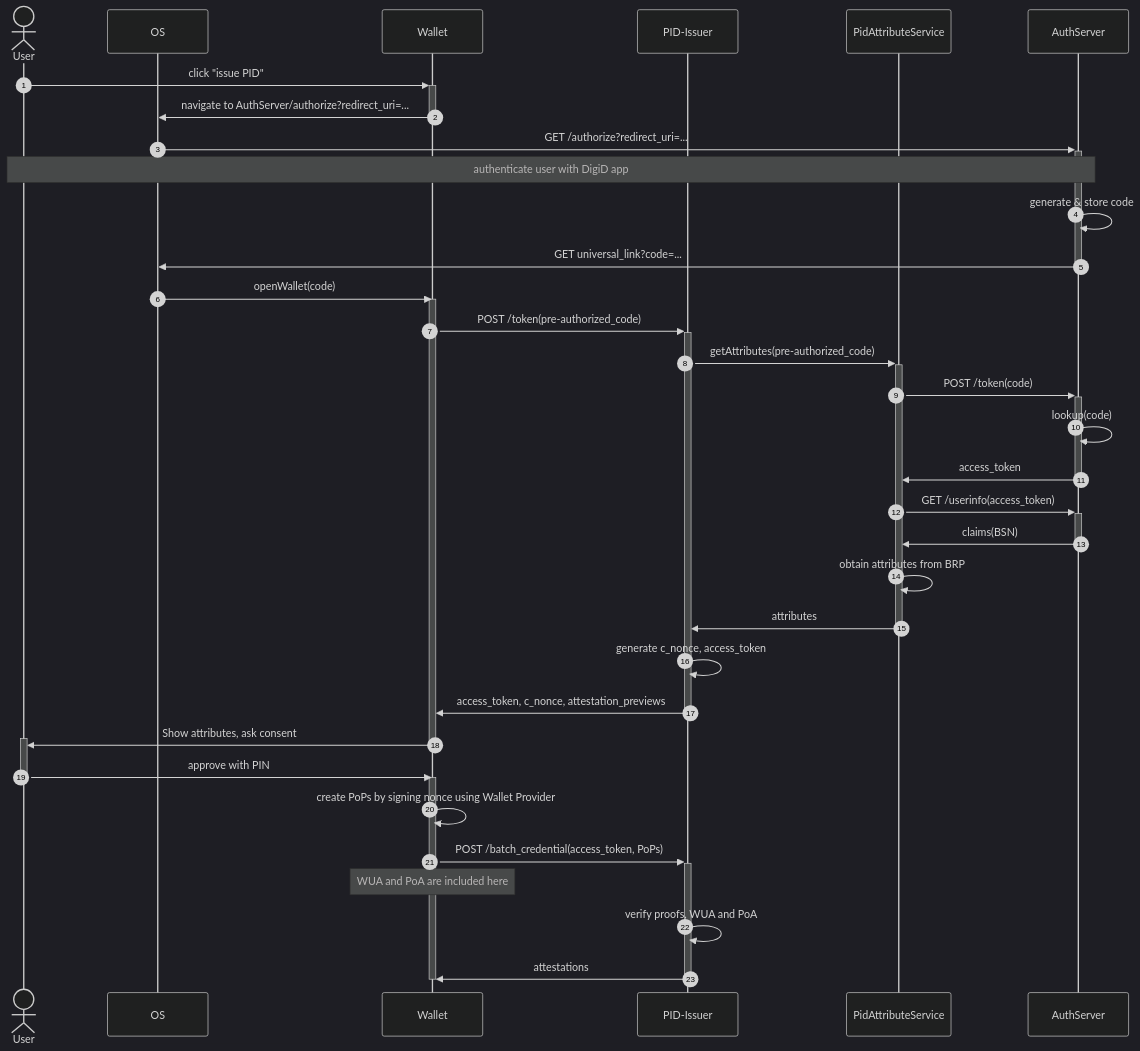
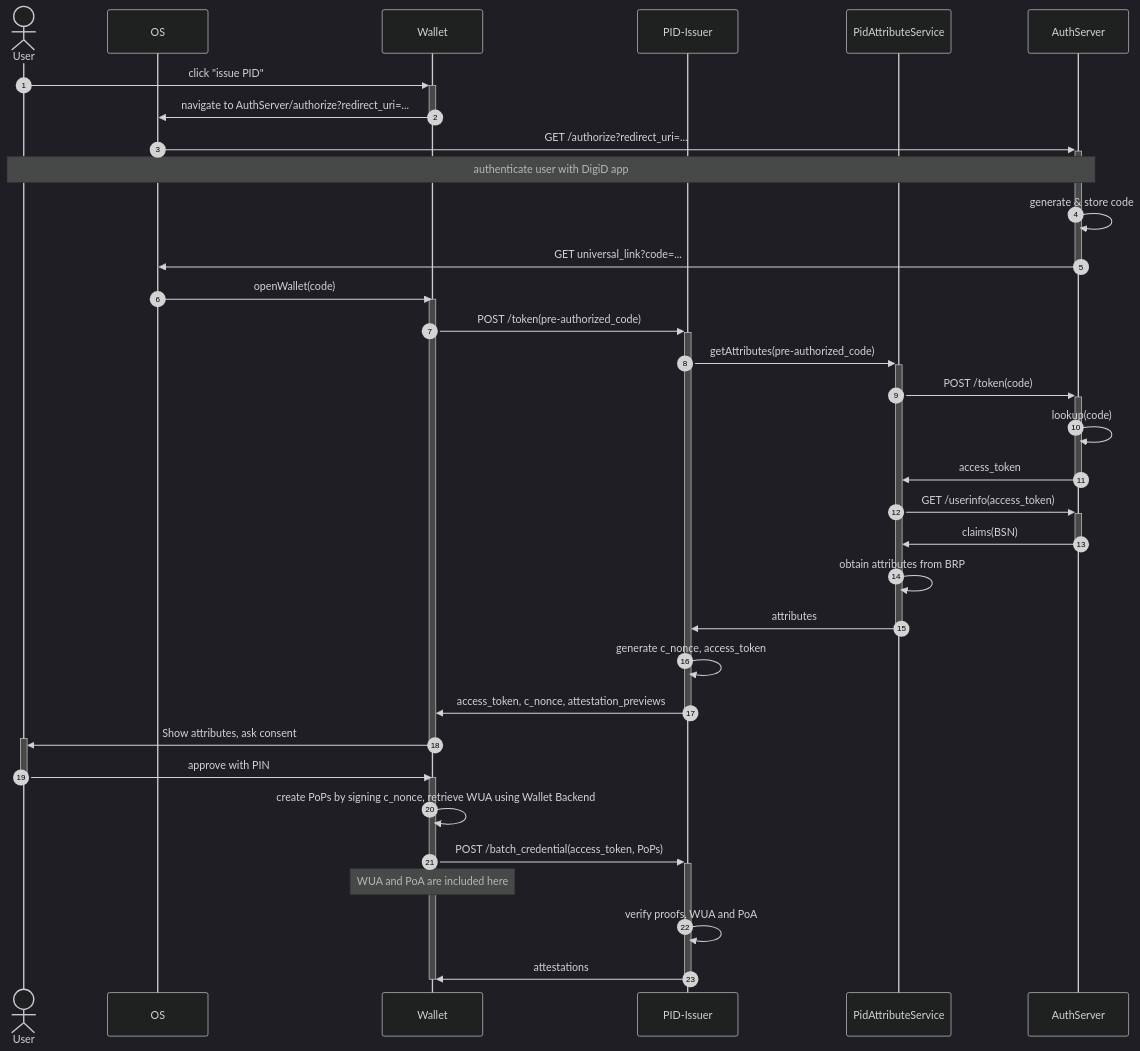
Before and after one commit to MinBZK/nl-wallet: the first of 4 diagrams in wallet_docs/architecture/use-cases/issuance-with-openid4vci.md, drawn with Mermaid (dark theme). The commit also changed other lines of this file and 3 other files, not shown here.

Commit message:
updated C4 and sequence diagrams

````diff
--- a/wallet_docs/architecture/use-cases/issuance-with-openid4vci.md
+++ b/wallet_docs/architecture/use-cases/issuance-with-openid4vci.md
@@ -22,41 +22,41 @@
 ```{mermaid}
 sequenceDiagram
     autonumber
 
     actor User
     participant OS
     participant Wallet
     participant WalletServer as PID-Issuer
     participant PidAttributeService
     participant AuthServer
 
     User->>+Wallet: click "issue PID"
     Wallet->>-OS: navigate to AuthServer/authorize?redirect_uri=...
     OS->>+AuthServer: GET /authorize?redirect_uri=...
     note over User, AuthServer: authenticate user with DigiD app
     AuthServer->>AuthServer: generate & store code
     AuthServer->>-OS: GET universal_link?code=...
     OS->>Wallet: openWallet(code)
     activate Wallet
         Wallet->>+WalletServer: POST /token(pre-authorized_code)
         WalletServer->>+PidAttributeService: getAttributes(pre-authorized_code)
         PidAttributeService->>+AuthServer: POST /token(code)
         AuthServer->>AuthServer: lookup(code)
         AuthServer->>-PidAttributeService: access_token
         PidAttributeService->>+AuthServer: GET /userinfo(access_token)
         AuthServer->>-PidAttributeService: claims(BSN)
         PidAttributeService->>PidAttributeService: obtain attributes from BRP
         PidAttributeService->>-WalletServer: attributes
         WalletServer->>WalletServer: generate c_nonce, access_token
         WalletServer->>-Wallet: access_token, c_nonce, attestation_previews
         Wallet->>+User: Show attributes, ask consent
     deactivate Wallet
     User->>-Wallet: approve with PIN
     activate Wallet
-        Wallet->>Wallet: create PoPs by signing nonce using Wallet Provider
+        Wallet->>Wallet: create PoPs by signing c_nonce, retrieve WUA using Wallet Backend
         Wallet->>+WalletServer: POST /batch_credential(access_token, PoPs)
         note over Wallet: WUA and PoA are included here
         WalletServer->>WalletServer: verify proofs,  WUA and PoA
         WalletServer->>-Wallet: attestations
     deactivate Wallet
 ```
````
